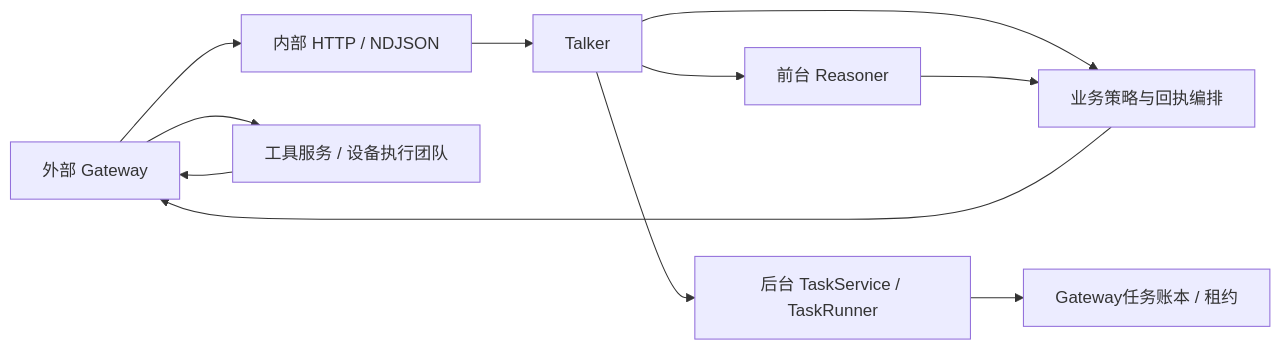
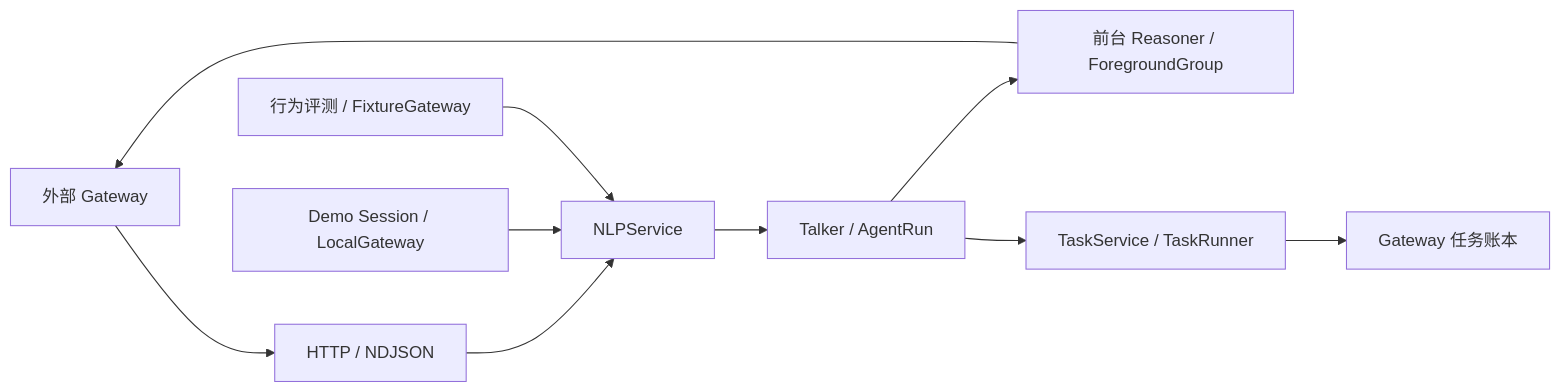
One commit to TianwenWei/super-xd changed the diagram in docs/NLP_HARNESS.md. Above: the diagram before and after it, drawn with Mermaid. The commit also changed other lines of this file and 215 other files, not shown here.

````diff
--- a/docs/NLP_HARNESS.md
+++ b/docs/NLP_HARNESS.md
@@ -7,13 +7,12 @@
 ```mermaid
 flowchart LR
-    G[外部 Gateway] --> H[内部 HTTP / NDJSON]
-    H --> T[Talker]
-    T --> P[前台 Reasoner]
-    T --> B[后台 TaskService / TaskRunner]
-    T --> C[业务策略与回执编排]
-    P --> C
-    C --> G
-    B --> L[Gateway任务账本 / 租约]
-    G --> D[工具服务 / 设备执行团队]
-    D --> G
+    G[外部 Gateway] --> H[HTTP / NDJSON]
+    H --> N[NLPService]
+    D[Demo Session / LocalGateway] --> N
+    E[行为评测 / FixtureGateway] --> N
+    N --> T[Talker / AgentRun]
+    T --> F[前台 Reasoner / ForegroundGroup]
+    T --> B[TaskService / TaskRunner]
+    F --> G
+    B --> L[Gateway 任务账本]
 ```
````
